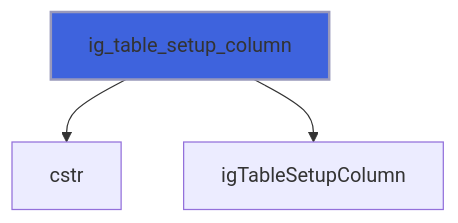
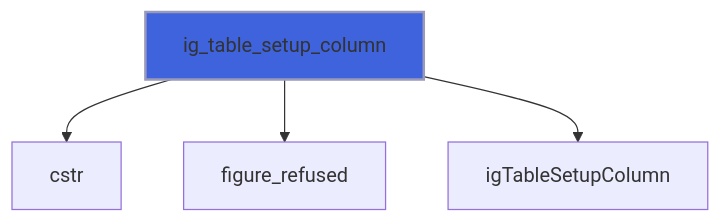
The tenth of 26 diagrams in docs/api/src/lib/figure_group.md (szaghi/figure), drawn with Mermaid before and after one commit. The commit also changed other lines of this file and 10 other files, not shown here.

````diff
--- a/docs/api/src/lib/figure_group.md
+++ b/docs/api/src/lib/figure_group.md
@@ -270,6 +292,7 @@
 ```mermaid
 flowchart TD
   ig_table_setup_column["ig_table_setup_column"] --> cstr["cstr"]
+  ig_table_setup_column["ig_table_setup_column"] --> figure_refused["figure_refused"]
   ig_table_setup_column["ig_table_setup_column"] --> igTableSetupColumn["igTableSetupColumn"]
   style ig_table_setup_column fill:#3e63dd,stroke:#99b,stroke-width:2px
 ```
````
